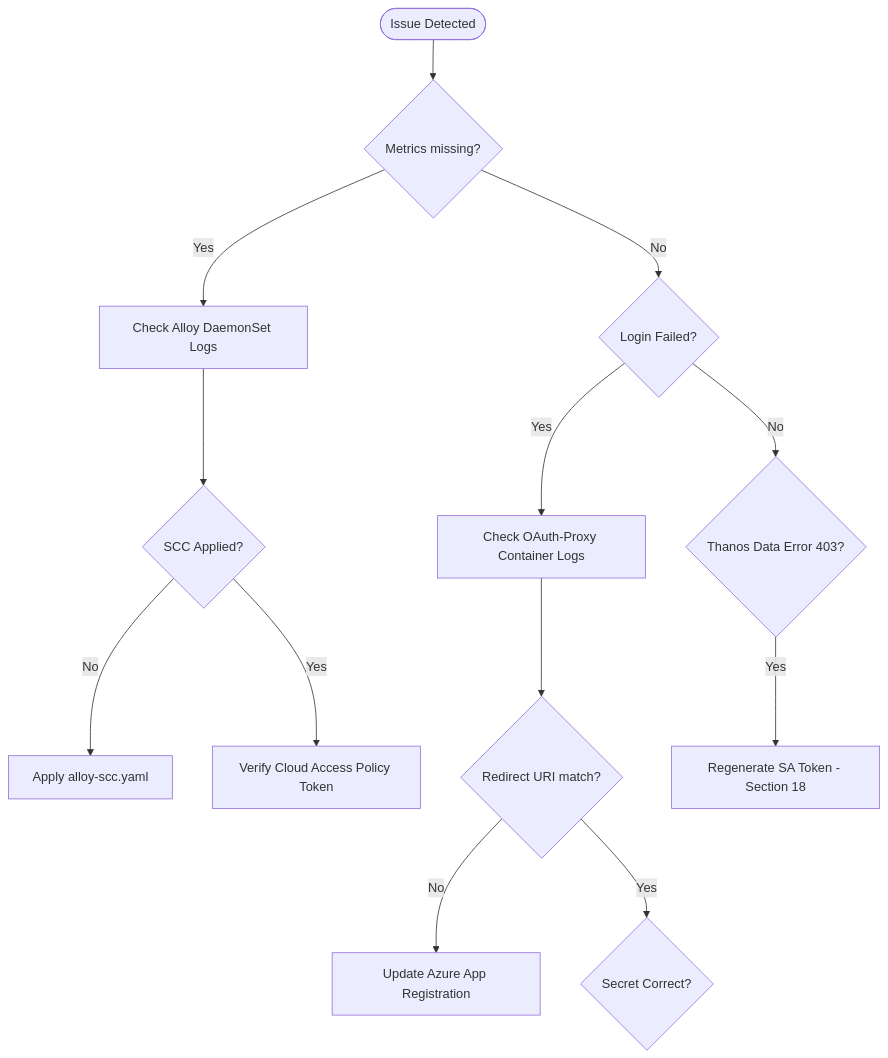
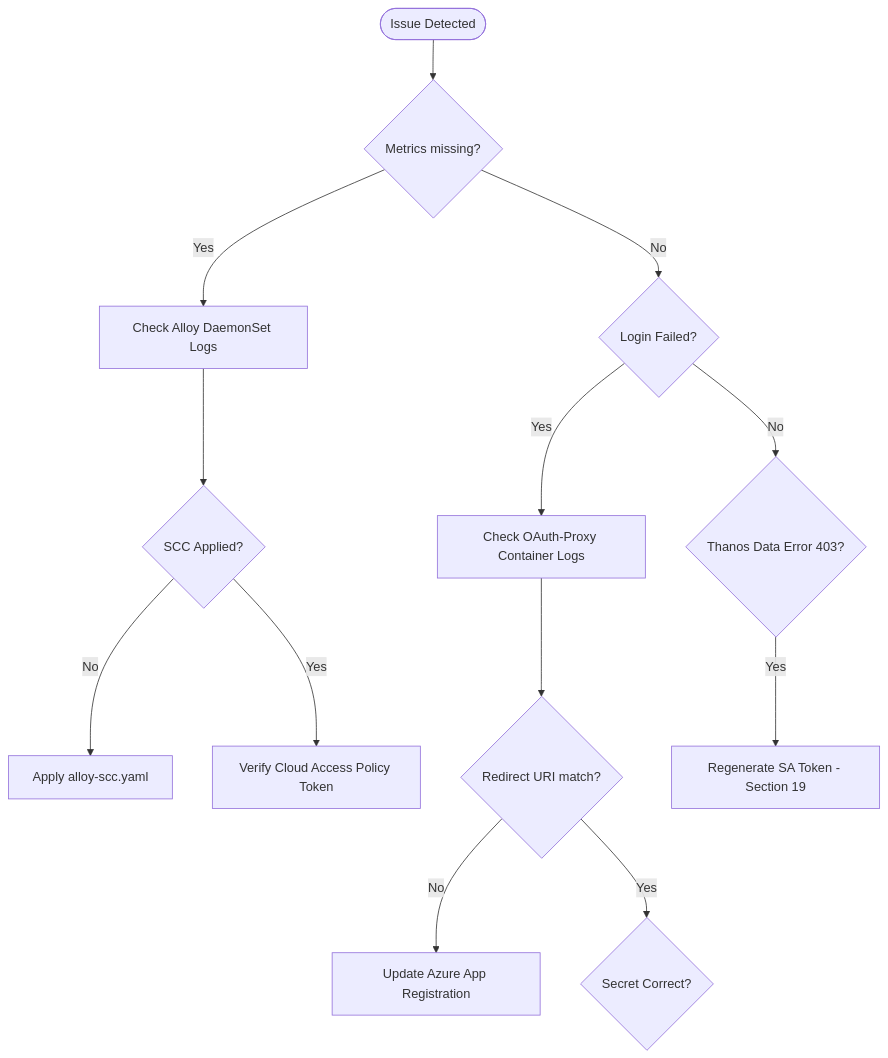
The eighth of 8 diagrams in README.md (nubenetes/grafana-on-openshift), drawn with Mermaid before and after one commit.

Commit message:
docs: update section reference in troubleshooting diagram

````diff
--- a/README.md
+++ b/README.md
@@ -386,17 +386,17 @@
 ```mermaid
 flowchart TD
     Start([Issue Detected]) --> Metrics?{Metrics missing?}
     Metrics? -- Yes --> AlloyLogs[Check Alloy DaemonSet Logs]
     AlloyLogs --> SCC{SCC Applied?}
     SCC -- No --> ApplySCC[Apply alloy-scc.yaml]
     SCC -- Yes --> AuthCloud[Verify Cloud Access Policy Token]
     
     Metrics? -- No --> Login?{Login Failed?}
     Login? -- Yes --> ProxyLogs[Check OAuth-Proxy Container Logs]
     ProxyLogs --> Redirect{Redirect URI match?}
     Redirect -- No --> AzureAD[Update Azure App Registration]
     Redirect -- Yes --> Secret{Secret Correct?}
     
     Login? -- No --> Datasource?{Thanos Data Error 403?}
-    Datasource? -- Yes --> SAToken[Regenerate SA Token - Section 18]
+    Datasource? -- Yes --> SAToken[Regenerate SA Token - Section 19]
 ```
````
